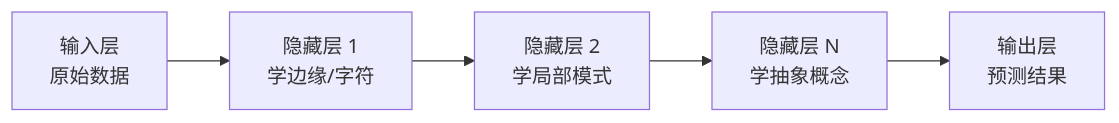
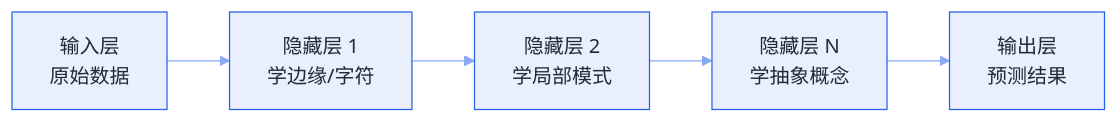
The diagram in docs/01-ai-basics/deep-learning-basics.md (funny8kids/ai-agent-handbook), drawn with Mermaid before and after one commit. The commit also changed 144 other files, not shown here.

First line of the commit message:
Theme all 154 Mermaid diagrams with per-chapter colors via %%{init}%% directives

````diff
--- a/docs/01-ai-basics/deep-learning-basics.md
+++ b/docs/01-ai-basics/deep-learning-basics.md
@@ -80,7 +80,8 @@
 ```mermaid
+%%{init: {"theme":"base","themeVariables":{"primaryColor":"#E9EFFD","primaryBorderColor":"#2563EB","primaryTextColor":"#1F2937","secondaryColor":"#CFDDFB","tertiaryColor":"#F6F9FE","lineColor":"#87A9F4","actorBkg":"#EEF3FD","actorBorder":"#2563EB","actorTextColor":"#1F2937","signalColor":"#6692F1","noteBkgColor":"#D8E3FB","noteBorderColor":"#2563EB","noteTextColor":"#1F2937","labelBoxBkgColor":"#E9EFFD","labelBoxBorderColor":"#2563EB"}}}%%
 flowchart LR
   A[输入层<br/>原始数据] --> B[隐藏层 1<br/>学边缘/字符]
   B --> C[隐藏层 2<br/>学局部模式]
   C --> D[隐藏层 N<br/>学抽象概念]
   D --> E[输出层<br/>预测结果]
 ```
````
